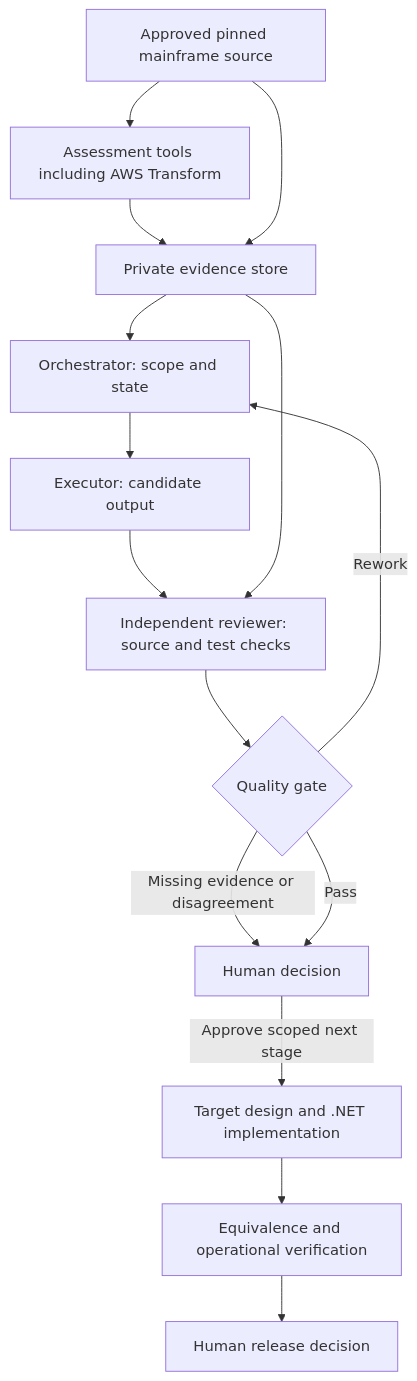
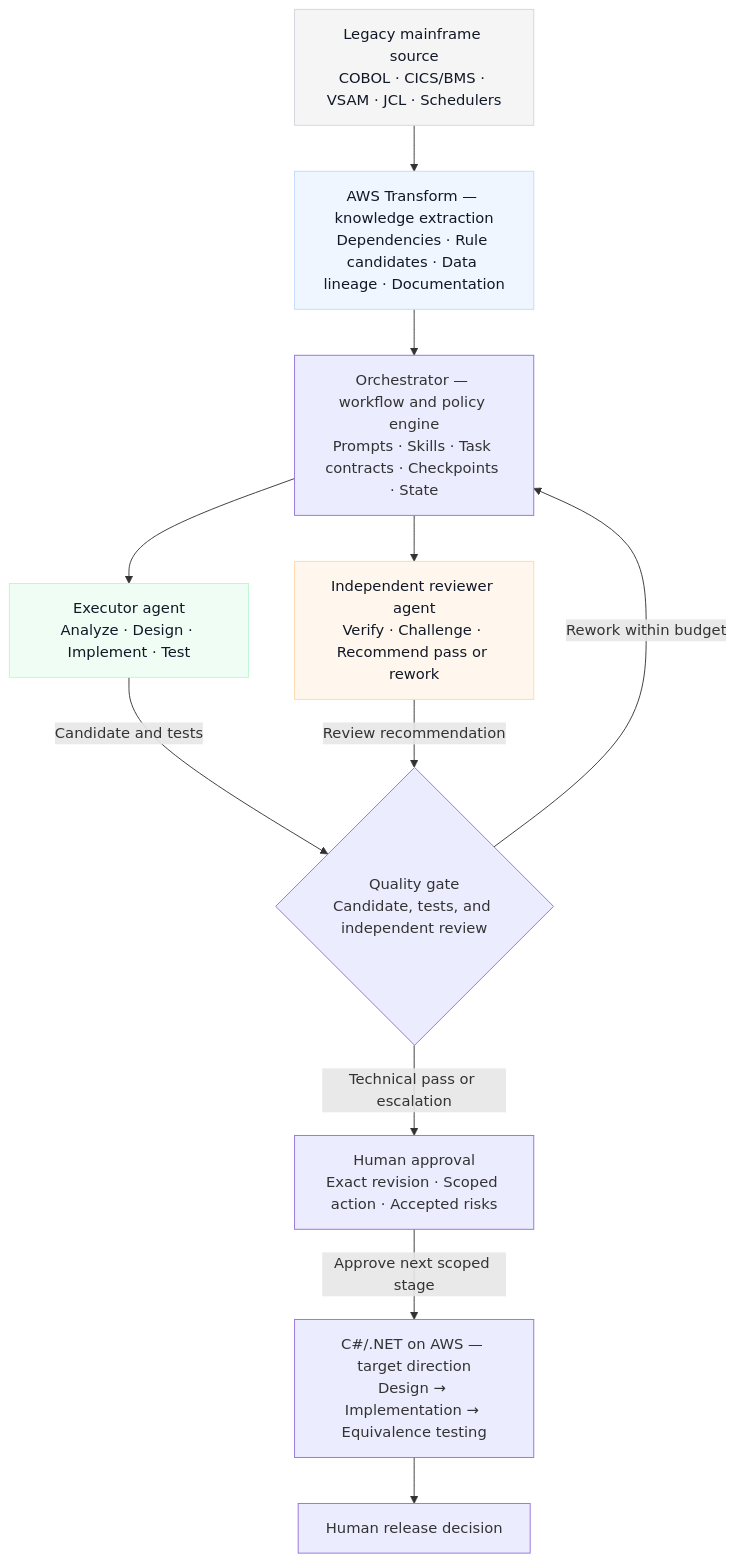
One commit to sknampally/mainframe-modernization-agentic-framework changed the diagram in README.md. Above: the diagram before and after it, drawn with Mermaid. The commit also changed other lines of this file, not shown here.

Commit message:
docs: expand README architecture and repository structure

````diff
--- a/README.md
+++ b/README.md
@@ -25,17 +25,29 @@
 ```mermaid
 flowchart TD
-    S[Approved pinned mainframe source] --> A[Assessment tools including AWS Transform]
-    A --> E[Private evidence store]
-    S --> E
-    E --> O[Orchestrator: scope and state]
-    O --> X[Executor: candidate output]
-    X --> R[Independent reviewer: source and test checks]
-    E --> R
-    R --> G{Quality gate}
-    G -->|Rework| O
-    G -->|Missing evidence or disagreement| H[Human decision]
-    G -->|Pass| H
-    H -->|Approve scoped next stage| T[Target design and .NET implementation]
-    T --> V[Equivalence and operational verification]
-    V --> D[Human release decision]
+    S["Legacy mainframe source<br/>COBOL · CICS/BMS · VSAM · JCL · Schedulers"]
+    A["AWS Transform — knowledge extraction<br/>Dependencies · Rule candidates · Data lineage · Documentation"]
+    O["Orchestrator — workflow and policy engine<br/>Prompts · Skills · Task contracts · Checkpoints · State"]
+    X["Executor agent<br/>Analyze · Design · Implement · Test"]
+    R["Independent reviewer agent<br/>Verify · Challenge · Recommend pass or rework"]
+    G{"Quality gate<br/>Candidate, tests, and independent review"}
+    H["Human approval<br/>Exact revision · Scoped action · Accepted risks"]
+    T["C#/.NET on AWS — target direction<br/>Design → Implementation → Equivalence testing"]
+    D["Human release decision"]
+    S --> A --> O
+    O --> X
+    O --> R
+    X -->|Candidate and tests| G
+    R -->|Review recommendation| G
+    G -->|Rework within budget| O
+    G -->|Technical pass or escalation| H
+    H -->|Approve next scoped stage| T
+    T --> D
+    classDef source fill:#f5f5f5,stroke:#d1d5db,color:#111827
+    classDef assessment fill:#eff6ff,stroke:#bfdbfe,color:#111827
+    classDef executor fill:#f0fdf4,stroke:#bbf7d0,color:#111827
+    classDef reviewer fill:#fff7ed,stroke:#fed7aa,color:#111827
+    class S source
+    class A assessment
+    class X executor
+    class R reviewer
 ```
````
